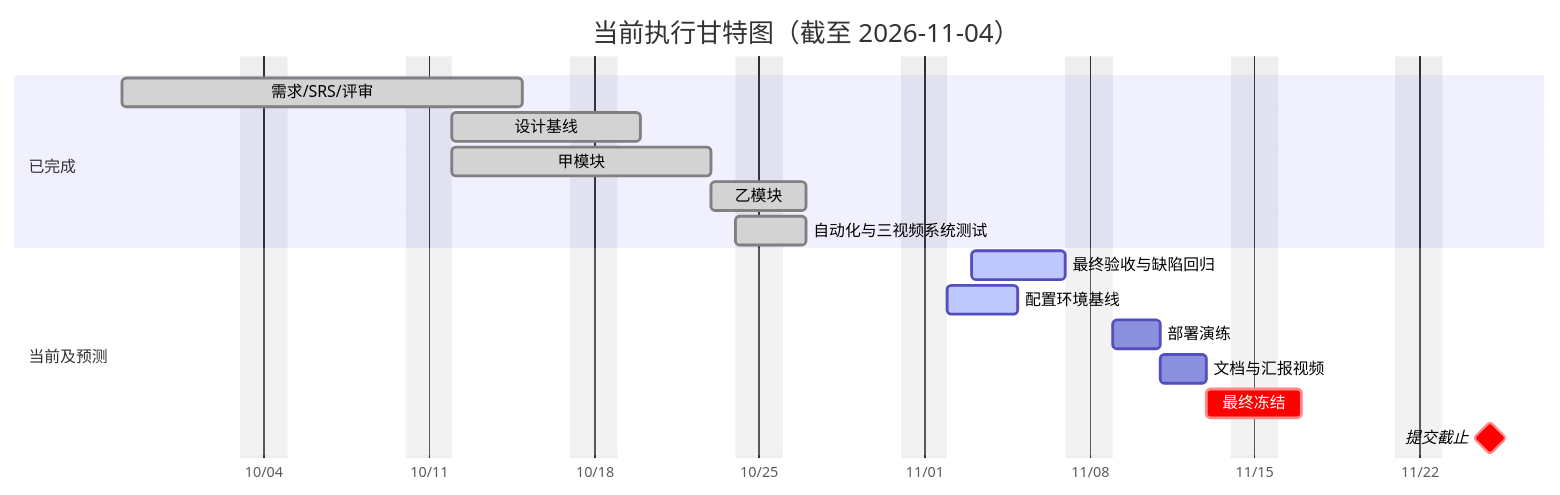
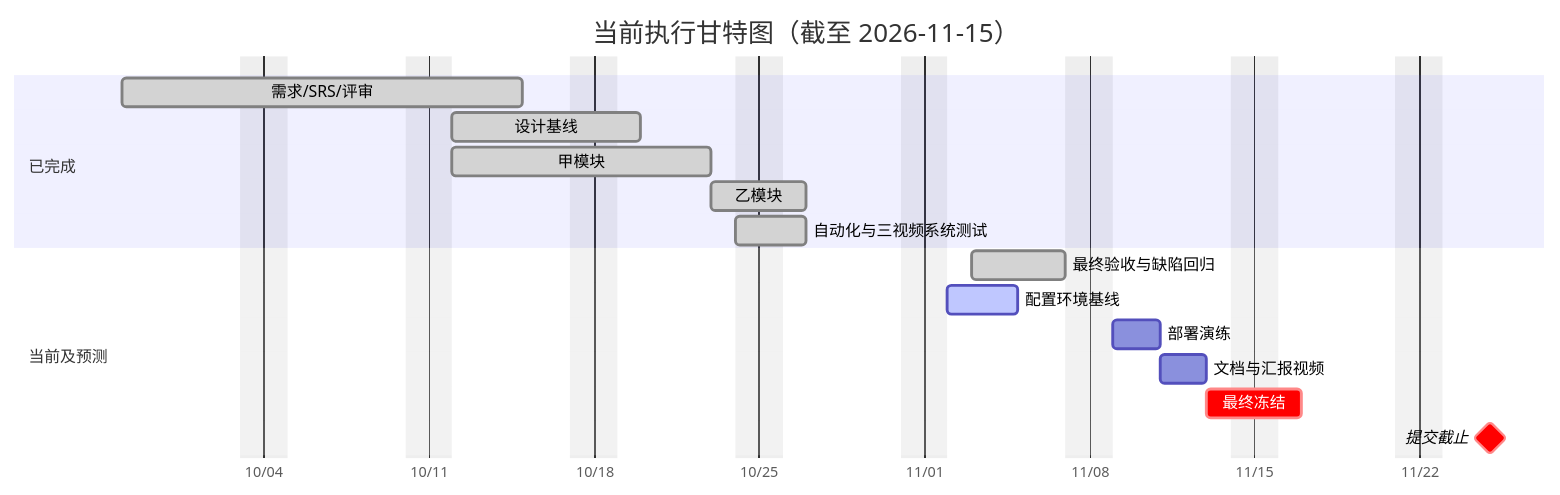
Before and after one commit to Copter1988/pm-knowledge-base: the diagram in 天平校验视频分析项目/管理文档/进度管理/进度跟踪记录.md, drawn with Mermaid. The commit also changed other lines of this file and 11 other files, not shown here.

````diff
--- a/天平校验视频分析项目/管理文档/进度管理/进度跟踪记录.md
+++ b/天平校验视频分析项目/管理文档/进度管理/进度跟踪记录.md
@@ -89,21 +89,21 @@
 ```mermaid
 gantt
-    title 当前执行甘特图（截至 2026-11-04）
+    title 当前执行甘特图（截至 2026-11-15）
     dateFormat  YYYY-MM-DD
     axisFormat  %m/%d
     excludes    weekends
 
     section 已完成
     需求/SRS/评审          :done, a, 2026-09-28, 13d
     设计基线               :done, b, 2026-10-12, 6d
     甲模块                 :done, c1, 2026-10-12, 9d
     乙模块                 :done, c2, 2026-10-23, 2d
     自动化与三视频系统测试 :done, d, 2026-10-24, 2d
     section 当前及预测
-    最终验收与缺陷回归     :active, d4, 2026-11-03, 4d
+    最终验收与缺陷回归     :done, d4, 2026-11-03, 4d
     配置环境基线           :active, e0, 2026-11-02, 3d
     部署演练               :e1, 2026-11-09, 2d
     文档与汇报视频         :e2, 2026-11-11, 2d
     最终冻结               :crit, e3, 2026-11-13, 2d
     提交截止               :milestone, crit, m7, 2026-11-25, 0d
 ```
````
